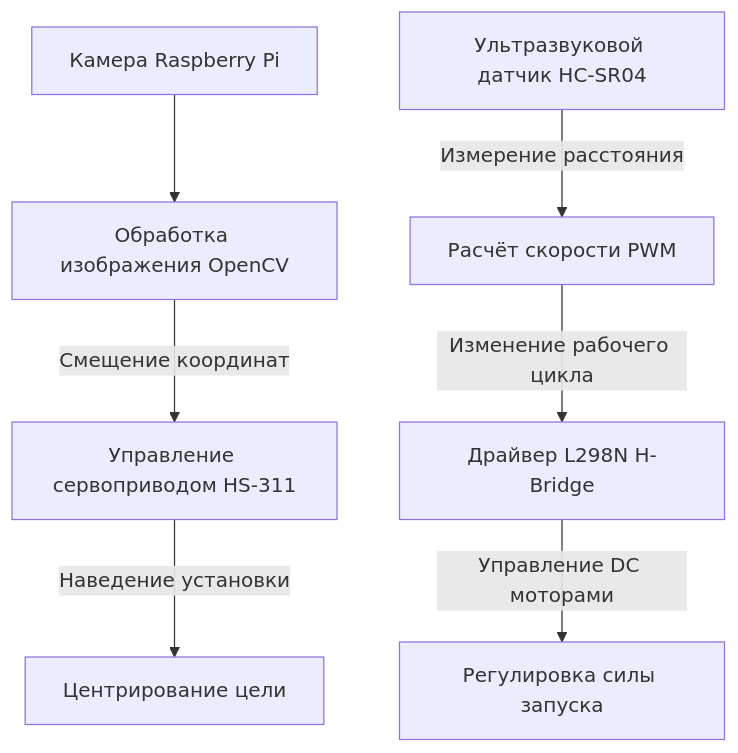
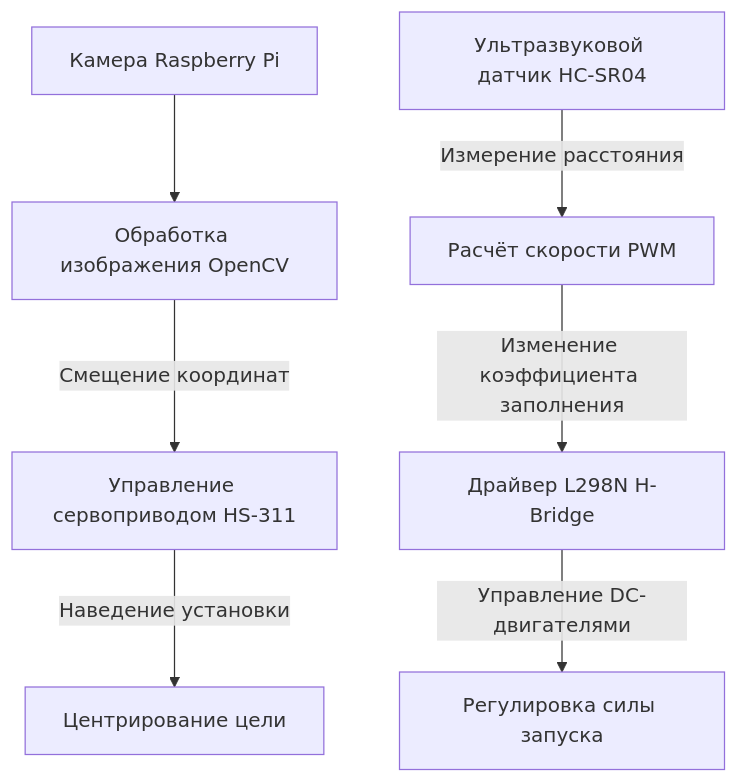
One commit to AlexL71/dadaboev-portfolio changed the diagram in src/pages/ru/research-and-projects/autonomous-ball-launcher.md. Above: the diagram before and after it, drawn with Mermaid. The commit also changed other lines of this file and 27 other files, not shown here.

````diff
--- a/src/pages/ru/research-and-projects/autonomous-ball-launcher.md
+++ b/src/pages/ru/research-and-projects/autonomous-ball-launcher.md
@@ -18,9 +18,9 @@
 ```mermaid
 graph TD
     A[Камера Raspberry Pi] --> B[Обработка изображения OpenCV]
     B -->|Смещение координат| C[Управление сервоприводом HS-311]
     C -->|Наведение установки| D[Центрирование цели]
     E[Ультразвуковой датчик HC-SR04] -->|Измерение расстояния| F[Расчёт скорости PWM]
-    F -->|Изменение рабочего цикла| G[Драйвер L298N H-Bridge]
-    G -->|Управление DC моторами| H[Регулировка силы запуска]
+    F -->|Изменение коэффициента заполнения| G[Драйвер L298N H-Bridge]
+    G -->|Управление DC-двигателями| H[Регулировка силы запуска]
 ```
````
